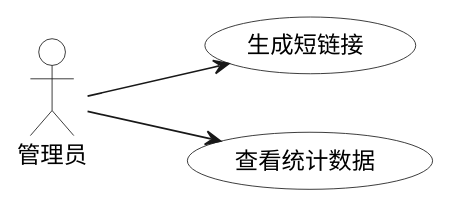
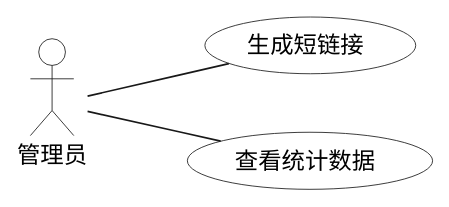
One commit to hitzaki/biz-center changed the diagram in a-uml/用例图/短链平台-管理.puml. Above: the diagram before and after it, drawn with PlantUML. The commit also changed 32 other files, not shown here.

```diff
--- a/a-uml/用例图/短链平台-管理.puml
+++ b/a-uml/用例图/短链平台-管理.puml
@@ -1,13 +1,13 @@
 @startuml
 '最近一次更新时间: 2024-05-05
 left to right direction
 
 :管理员: as Admin #white
 
 (生成短链接) as (Use1) #white
 (查看统计数据) as (Use2) #white
 
-Admin -down-> (Use1)
-Admin -down-> (Use2)
+Admin -down- (Use1)
+Admin -down- (Use2)
 
 @enduml
```
